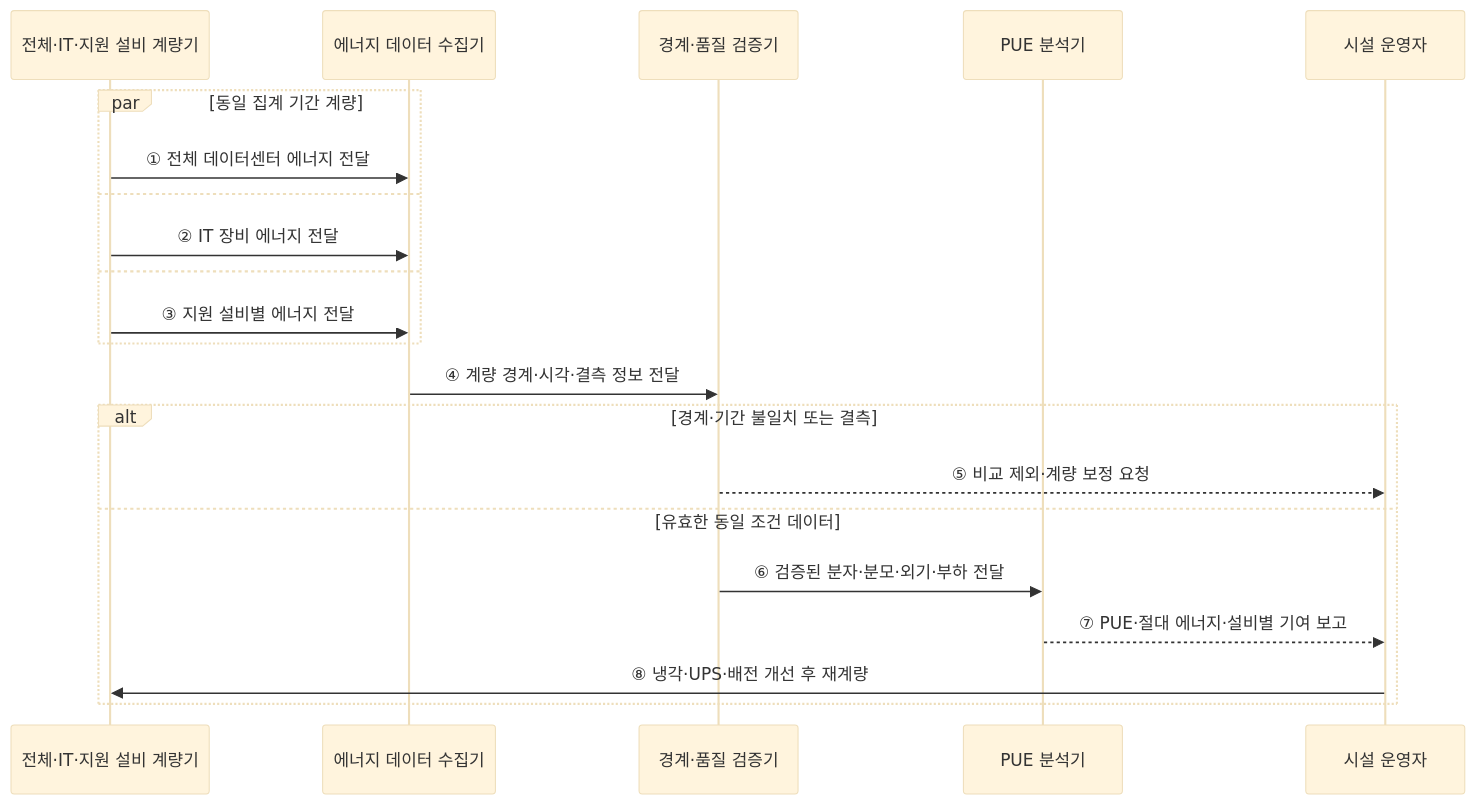
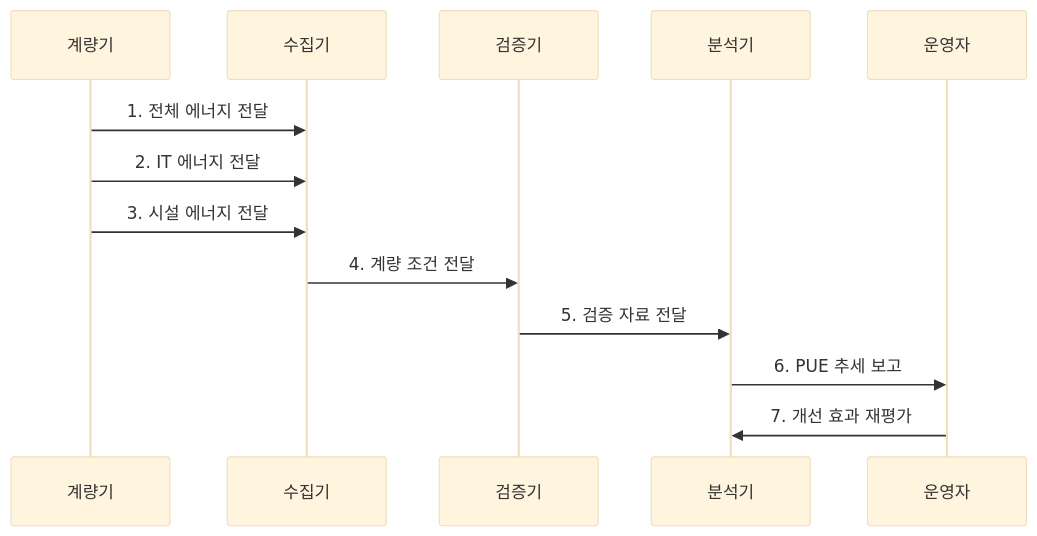
One commit to agnusdei1207/knowledge-base changed the second of 2 diagrams in src/content/docs/notes/02-hardware/058_power_usage_effectiveness.md. Above: the diagram before and after it, drawn with Mermaid (base theme). The commit also changed other lines of this file and 20 other files, not shown here.

````diff
--- a/src/content/docs/notes/02-hardware/058_power_usage_effectiveness.md
+++ b/src/content/docs/notes/02-hardware/058_power_usage_effectiveness.md
@@ -81,24 +69,16 @@
 ```mermaid
 sequenceDiagram
-    participant E as 전체·IT·지원 설비 계량기
-    participant C as 에너지 데이터 수집기
-    participant V as 경계·품질 검증기
-    participant A as PUE 분석기
-    participant O as 시설 운영자
+    participant M as 계량기
+    participant C as 수집기
+    participant V as 검증기
+    participant A as 분석기
+    participant O as 운영자
 
-    par 동일 집계 기간 계량
-        E->>C: ① 전체 데이터센터 에너지 전달
-    and
-        E->>C: ② IT 장비 에너지 전달
-    and
-        E->>C: ③ 지원 설비별 에너지 전달
-    end
-    C->>V: ④ 계량 경계·시각·결측 정보 전달
-    alt 경계·기간 불일치 또는 결측
-        V-->>O: ⑤ 비교 제외·계량 보정 요청
-    else 유효한 동일 조건 데이터
-        V->>A: ⑥ 검증된 분자·분모·외기·부하 전달
-        A-->>O: ⑦ PUE·절대 에너지·설비별 기여 보고
-        O->>E: ⑧ 냉각·UPS·배전 개선 후 재계량
-    end
+    M->>C: 1. 전체 에너지 전달
+    M->>C: 2. IT 에너지 전달
+    M->>C: 3. 시설 에너지 전달
+    C->>V: 4. 계량 조건 전달
+    V->>A: 5. 검증 자료 전달
+    A->>O: 6. PUE 추세 보고
+    O->>A: 7. 개선 효과 재평가
 ```
````
